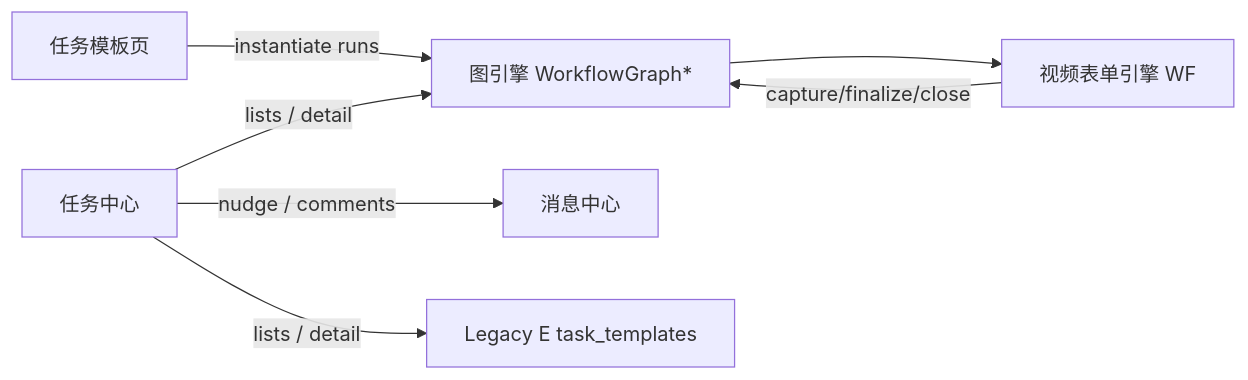
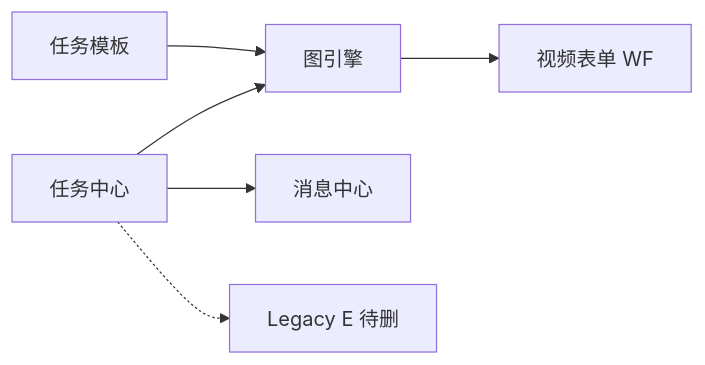
One commit to Marz42/FilumReforge changed the third of 3 diagrams in memory-bank/domains/task-center.md. Above: the diagram before and after it, drawn with Mermaid. The commit also changed other lines of this file and 60 other files, not shown here.

````diff
--- a/memory-bank/domains/task-center.md
+++ b/memory-bank/domains/task-center.md
@@ -387,16 +373,15 @@
 ```mermaid
 flowchart LR
   TC[任务中心]
-  GT[图引擎 WorkflowGraph*]
-  VF[视频表单引擎 WF]
+  GT[图引擎]
+  VF[视频表单 WF]
   MSG[消息中心]
-  TM[任务模板页]
-  LEG[Legacy E task_templates]
+  TM[任务模板]
+  LEG[Legacy E 待删]
 
-  TM -->|instantiate runs| GT
+  TM --> GT
   GT --> VF
-  TC -->|lists / detail| GT
-  TC -->|lists / detail| LEG
-  TC -->|nudge / comments| MSG
-  VF -->|capture/finalize/close| GT
+  TC --> GT
+  TC -.-> LEG
+  TC --> MSG
 ```
````
